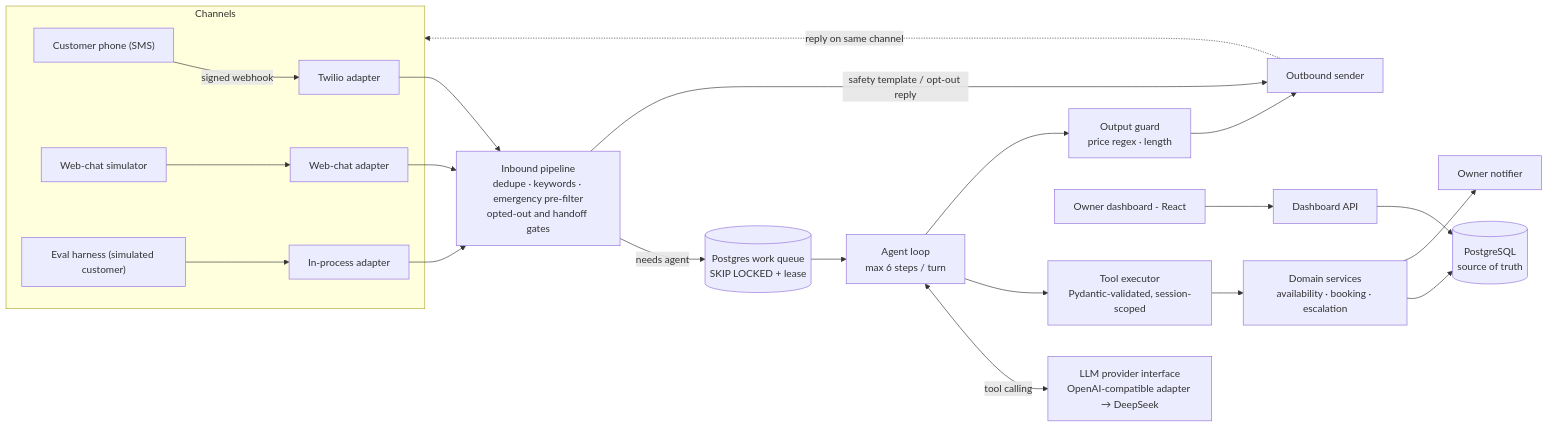
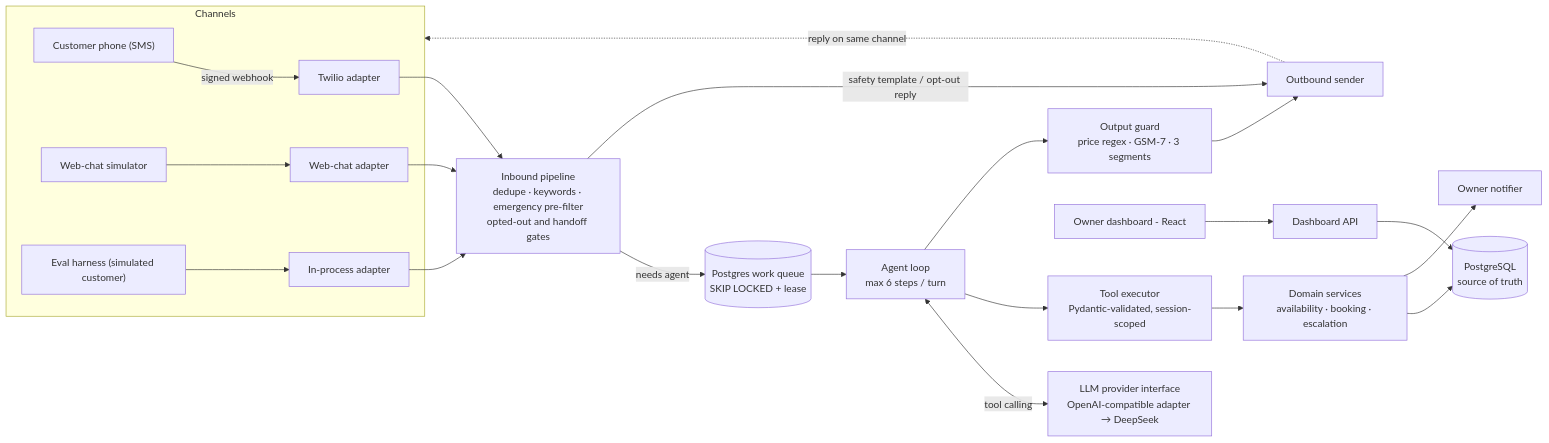
Before and after one commit to anuj13579/sms-booking-agent: the first of 3 diagrams in docs/DESIGN.md, drawn with Mermaid. The commit also changed other lines of this file and 4 other files, not shown here.

````diff
--- a/docs/DESIGN.md
+++ b/docs/DESIGN.md
@@ -38,21 +38,21 @@
 ```mermaid
 flowchart LR
   subgraph CH[Channels]
     SMS["Customer phone (SMS)"] -->|signed webhook| TW[Twilio adapter]
     WEB[Web-chat simulator] --> WC[Web-chat adapter]
     SIM["Eval harness (simulated customer)"] --> IP[In-process adapter]
   end
   TW & WC & IP --> PIPE["Inbound pipeline<br/>dedupe · keywords · emergency pre-filter<br/>opted-out and handoff gates"]
   PIPE -->|needs agent| Q[("Postgres work queue<br/>SKIP LOCKED + lease")]
   Q --> AG["Agent loop<br/>max 6 steps / turn"]
   AG <-->|tool calling| LLM["LLM provider interface<br/>OpenAI-compatible adapter → DeepSeek"]
   AG --> EX["Tool executor<br/>Pydantic-validated, session-scoped"]
   EX --> DOM["Domain services<br/>availability · booking · escalation"]
   DOM --> DB[("PostgreSQL<br/>source of truth")]
-  AG --> GUARD["Output guard<br/>price regex · length"]
+  AG --> GUARD["Output guard<br/>price regex · GSM-7 · 3 segments"]
   GUARD --> OUT[Outbound sender]
   PIPE -->|safety template / opt-out reply| OUT
   OUT -.->|reply on same channel| CH
   DOM --> NOTIFY[Owner notifier]
   DASH[Owner dashboard - React] --> API[Dashboard API] --> DB
 ```
````
